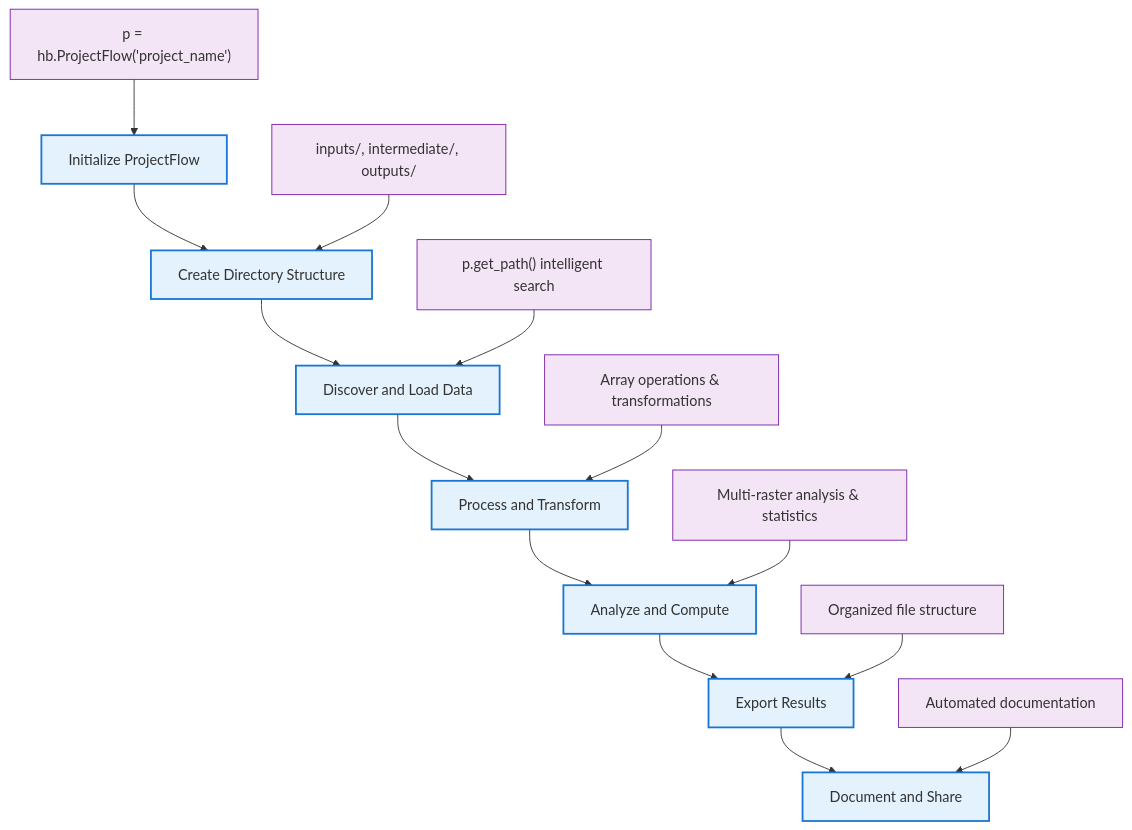
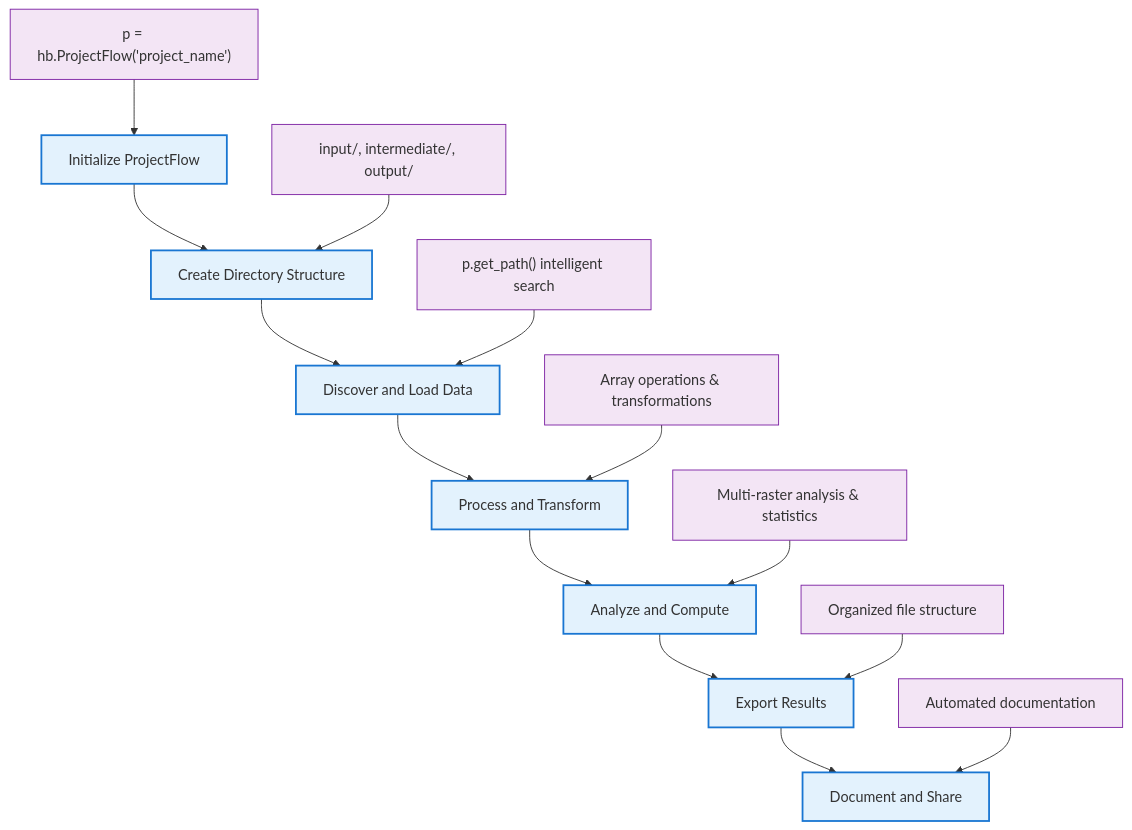
One commit to jandrewjohnson/hazelbean_dev changed the first of 2 diagrams in docs-site/quarto-docs/educational/index.qmd. Above: the diagram before and after it, drawn with Mermaid. The commit also changed other lines of this file and 9 other files, not shown here.

````diff
--- a/docs-site/quarto-docs/educational/index.qmd
+++ b/docs-site/quarto-docs/educational/index.qmd
@@ -28,23 +28,23 @@
 ```{mermaid}
 flowchart TD
     A[Initialize ProjectFlow] --> B[Create Directory Structure]
     B --> C[Discover and Load Data]
     C --> D[Process and Transform]
     D --> E[Analyze and Compute]
     E --> F[Export Results]
     F --> G[Document and Share]
     
     A1["p = hb.ProjectFlow('project_name')"] --> A
-    B1["inputs/, intermediate/, outputs/"] --> B
+    B1["input/, intermediate/, output/"] --> B
     C1["p.get_path() intelligent search"] --> C
     D1["Array operations & transformations"] --> D
     E1["Multi-raster analysis & statistics"] --> E
     F1[Organized file structure] --> F
     G1[Automated documentation] --> G
     
     classDef stepBox fill:#e3f2fd,stroke:#1976d2,stroke-width:2px
     classDef codeBox fill:#f3e5f5,stroke:#7b1fa2,stroke-width:1px
     
     class A,B,C,D,E,F,G stepBox
     class A1,B1,C1,D1,E1,F1,G1 codeBox
 ```
````
